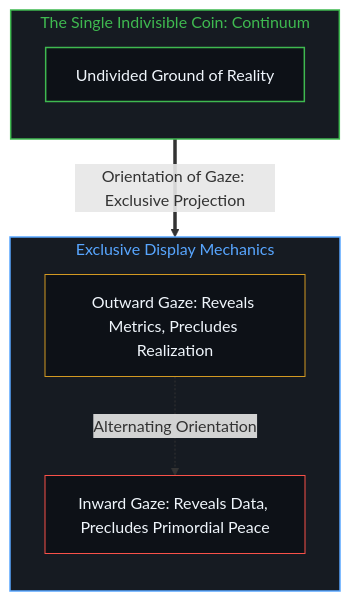
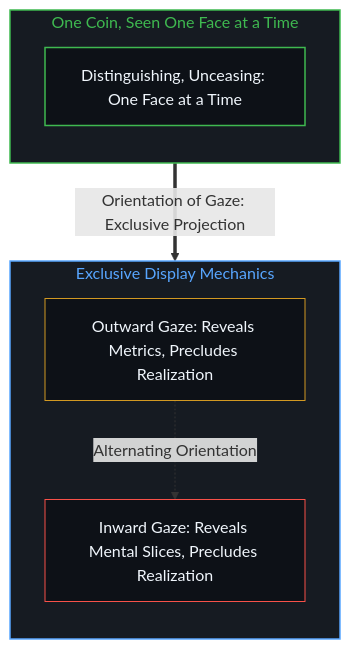
The fourth of 6 diagrams in content/posts/the-grammar-of-finding-and-the-fading-observer.md (powerpig99/not-a-toe), drawn with Mermaid before and after one commit. The commit also changed other lines of this file and 1 other file, not shown here.

````diff
--- a/content/posts/the-grammar-of-finding-and-the-fading-observer.md
+++ b/content/posts/the-grammar-of-finding-and-the-fading-observer.md
@@ -107,21 +107,21 @@
 ```mermaid
 graph TD
-    subgraph S_Coin ["The Single Indivisible Coin: Continuum"]
+    subgraph S_Coin ["One Coin, Seen One Face at a Time"]
         direction TB
         style S_Coin fill:#161b22,stroke:#3fb950,stroke-width:1.5px,color:#3fb950
-        C["Undivided Ground of Reality"]
+        C["Distinguishing, Unceasing: One Face at a Time"]
         style C fill:#0d1117,stroke:#3fb950,stroke-width:1.5px,color:#f0f6fc
     end
 
     C ==>|"Orientation of Gaze: Exclusive Projection"| F1
 
     subgraph S_Orientations ["Exclusive Display Mechanics"]
         direction TB
         style S_Orientations fill:#161b22,stroke:#58a6ff,stroke-width:1.5px,color:#58a6ff
         F1["Outward Gaze: Reveals Metrics, Precludes Realization"]
-        F2["Inward Gaze: Reveals Data, Precludes Primordial Peace"]
+        F2["Inward Gaze: Reveals Mental Slices, Precludes Realization"]
         F1 -.->|"Alternating Orientation"| F2
         style F1 fill:#0d1117,stroke:#d29922,stroke-width:1px,color:#f0f6fc
         style F2 fill:#0d1117,stroke:#f85149,stroke-width:1px,color:#f0f6fc
     end
 ```
````
